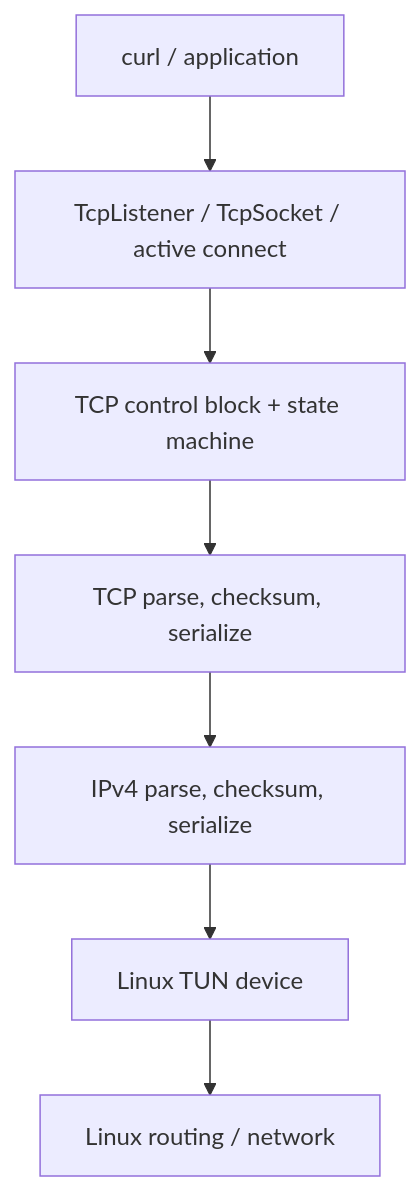
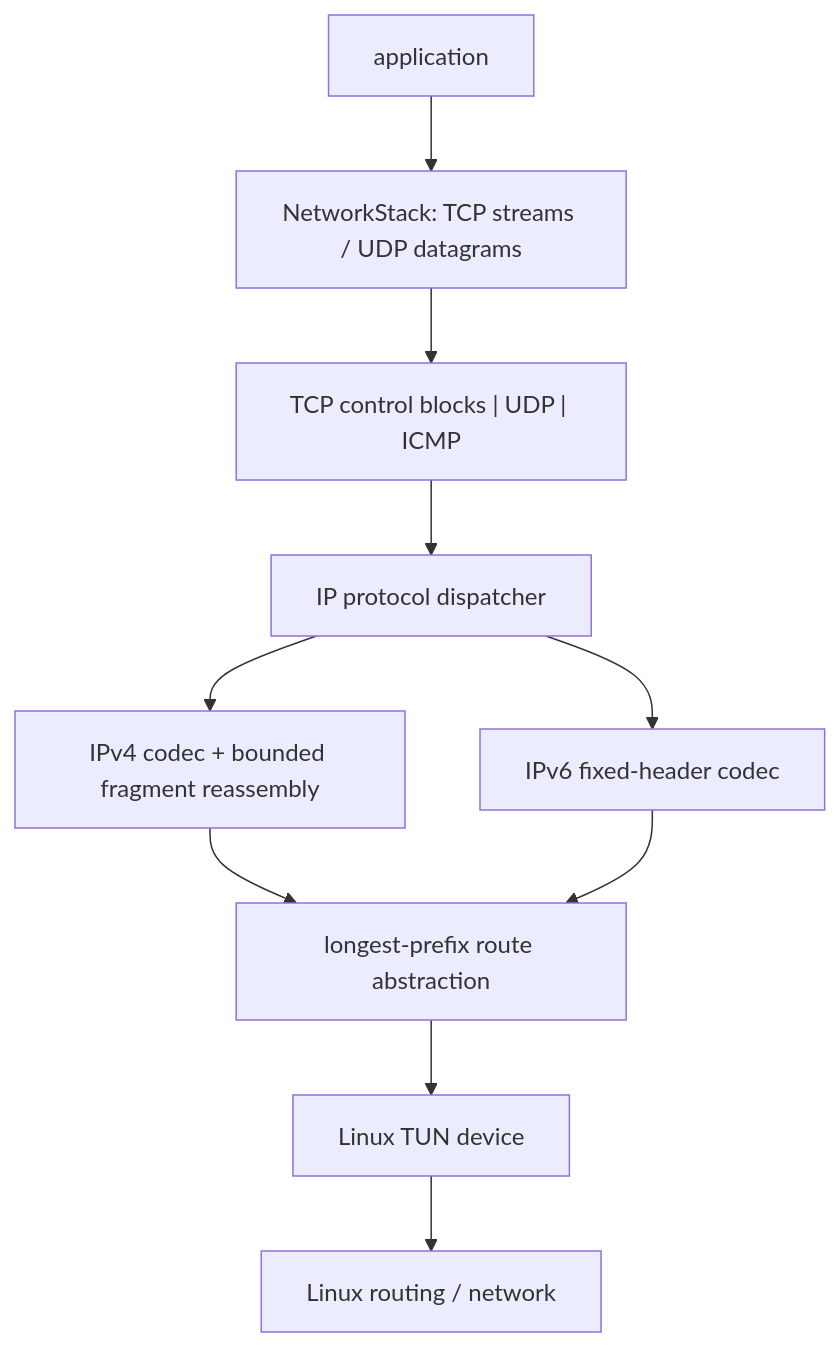
The first of 4 diagrams in README.md (shri299/wirefin), drawn with Mermaid before and after one commit. The commit also changed other lines of this file and 6 other files, not shown here.

Commit message:
docs: describe dual-stack architecture and support

````diff
--- a/README.md
+++ b/README.md
@@ -38,9 +39,12 @@
 ```mermaid
 flowchart TD
-    Curl["curl / application"] --> API["TcpListener / TcpSocket / active connect"]
-    API --> Conn["TCP control block + state machine"]
-    Conn --> TCP["TCP parse, checksum, serialize"]
-    TCP --> IP["IPv4 parse, checksum, serialize"]
-    IP --> TUN["Linux TUN device"]
+    Apps["application"] --> API["NetworkStack: TCP streams / UDP datagrams"]
+    API --> Transport["TCP control blocks | UDP | ICMP"]
+    Transport --> Dispatch["IP protocol dispatcher"]
+    Dispatch --> V4["IPv4 codec + bounded fragment reassembly"]
+    Dispatch --> V6["IPv6 fixed-header codec"]
+    V4 --> Route["longest-prefix route abstraction"]
+    V6 --> Route
+    Route --> TUN["Linux TUN device"]
     TUN --> Linux["Linux routing / network"]
 ```
````
